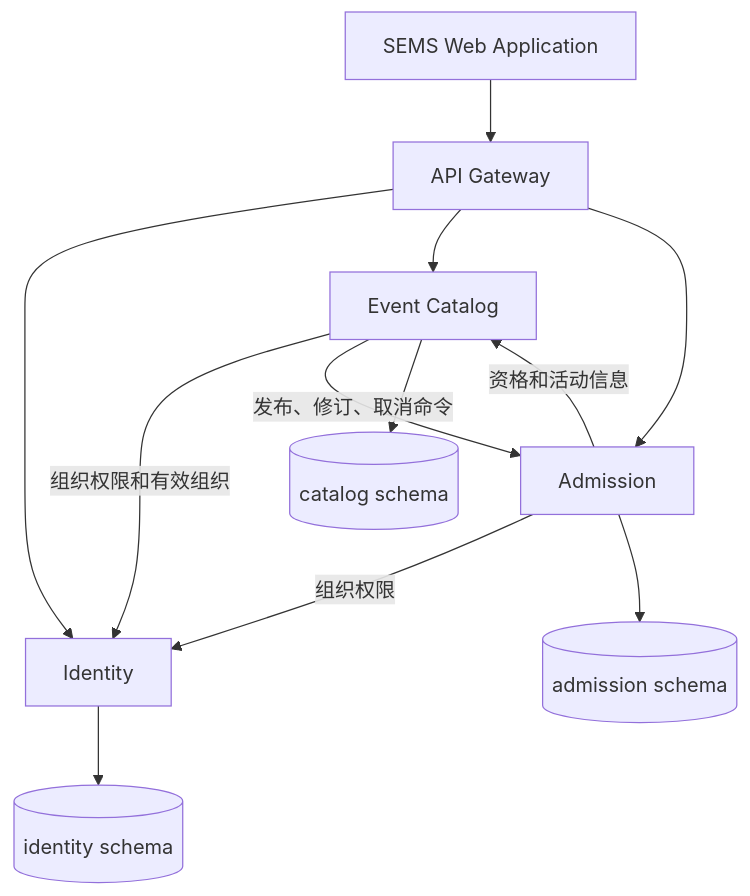
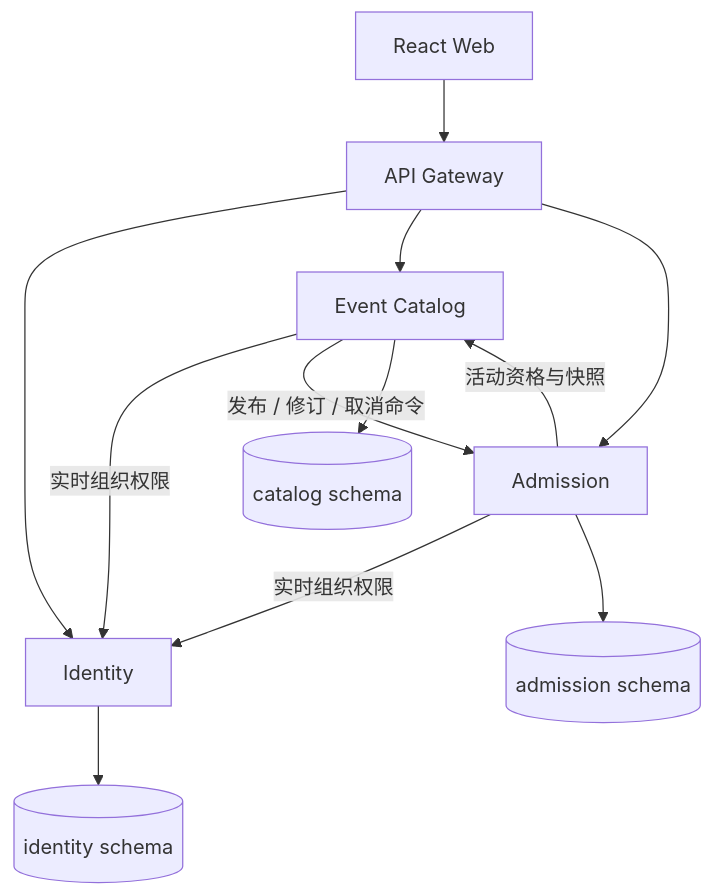
The diagram in docs/adr/0001-service-boundaries.md (seventh720/SWE5001-SEMS), drawn with Mermaid before and after one commit. The commit also changed other lines of this file and 29 other files, not shown here.

````diff
--- a/docs/adr/0001-service-boundaries.md
+++ b/docs/adr/0001-service-boundaries.md
@@ -9,14 +15,14 @@
 ```mermaid
 flowchart TB
-    Web[SEMS Web Application] --> Gateway[API Gateway]
-    Gateway --> Identity[Identity]
-    Gateway --> Catalog[Event Catalog]
-    Gateway --> Admission[Admission]
-    Catalog -->|组织权限和有效组织| Identity
-    Admission -->|组织权限| Identity
-    Admission -->|资格和活动信息| Catalog
-    Catalog -->|发布、修订、取消命令| Admission
-    Identity --> I[(identity schema)]
-    Catalog --> C[(catalog schema)]
-    Admission --> A[(admission schema)]
+  Web[React Web] --> Gateway[API Gateway]
+  Gateway --> Identity[Identity]
+  Gateway --> Catalog[Event Catalog]
+  Gateway --> Admission[Admission]
+  Catalog -->|实时组织权限| Identity
+  Admission -->|实时组织权限| Identity
+  Admission -->|活动资格与快照| Catalog
+  Catalog -->|发布 / 修订 / 取消命令| Admission
+  Identity --> I[(identity schema)]
+  Catalog --> C[(catalog schema)]
+  Admission --> A[(admission schema)]
 ```
````
